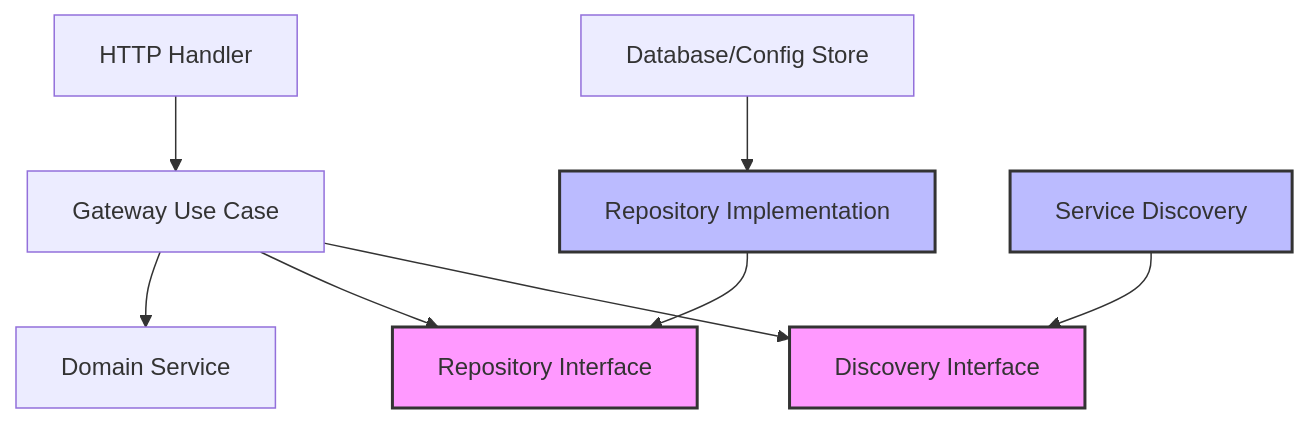
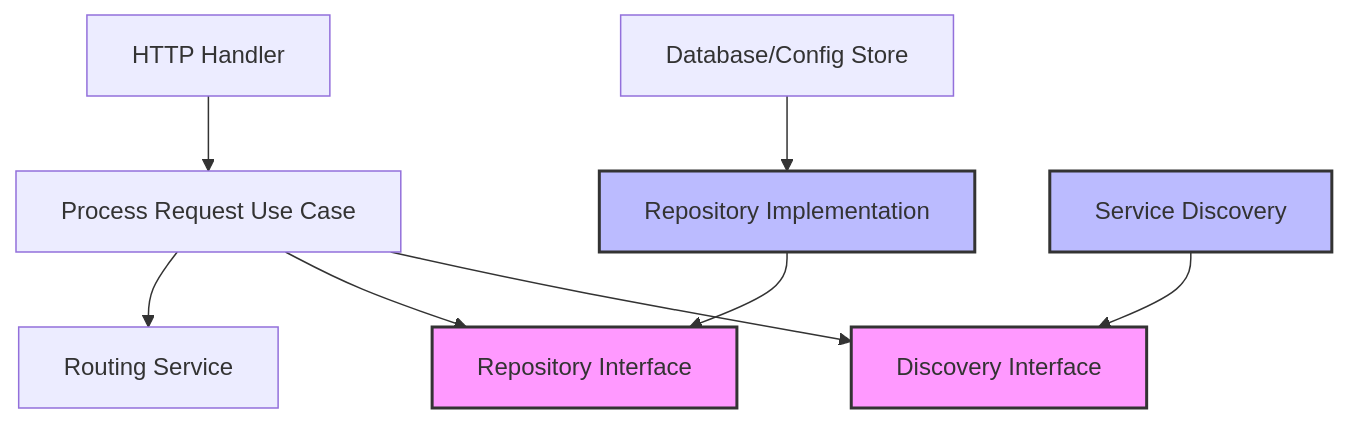
The second of 2 diagrams in api-gateway/documentation/architecture.md (Boklap/moufube), drawn with Mermaid before and after one commit. The commit also changed other lines of this file and 14 other files, not shown here.

````diff
--- a/api-gateway/documentation/architecture.md
+++ b/api-gateway/documentation/architecture.md
@@ -595,15 +762,15 @@
 ```mermaid
 graph TD
-    A[HTTP Handler] --> B[Gateway Use Case]
-    B --> C[Domain Service]
+    A[HTTP Handler] --> B[Process Request Use Case]
+    B --> C[Routing Service]
     B --> D[Repository Interface]
     E[Repository Implementation] --> D
     F[Database/Config Store] --> E
     G[Service Discovery] --> H[Discovery Interface]
     B --> H
     
     style D fill:#f9f,stroke:#333,stroke-width:2px
     style E fill:#bbf,stroke:#333,stroke-width:2px
     style H fill:#f9f,stroke:#333,stroke-width:2px
     style G fill:#bbf,stroke:#333,stroke-width:2px
 ```
````
